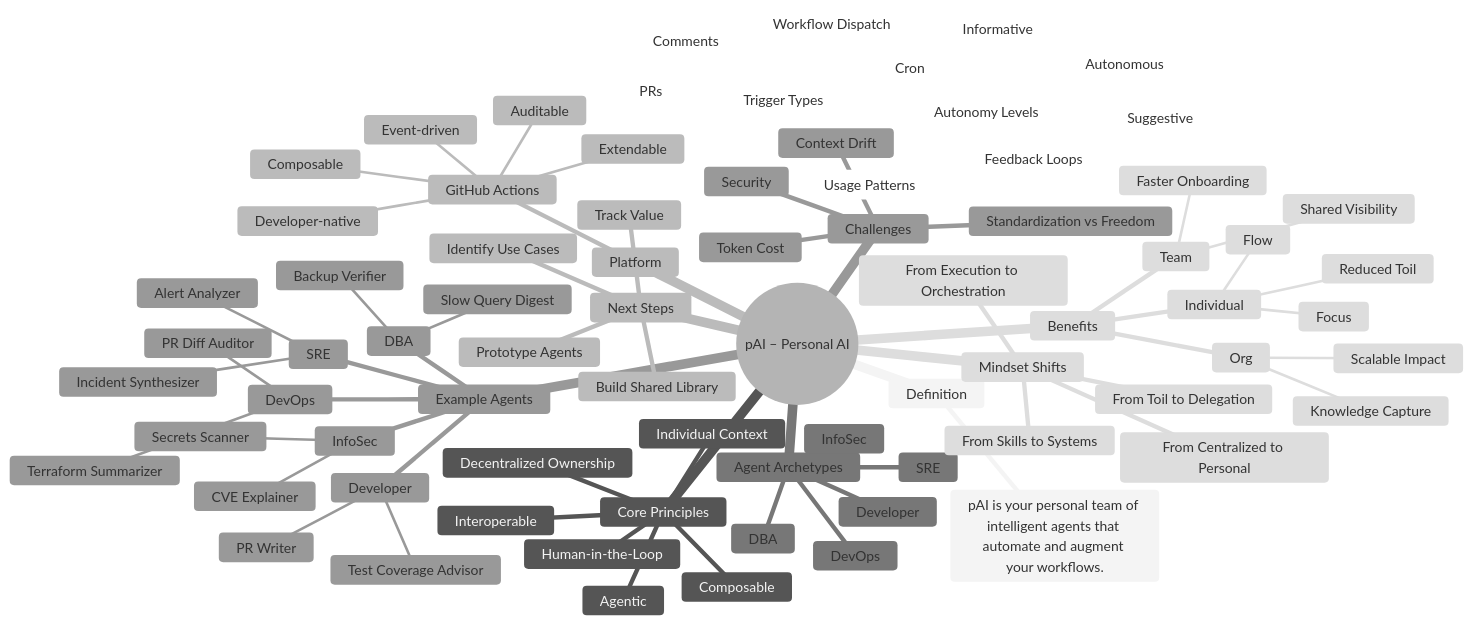
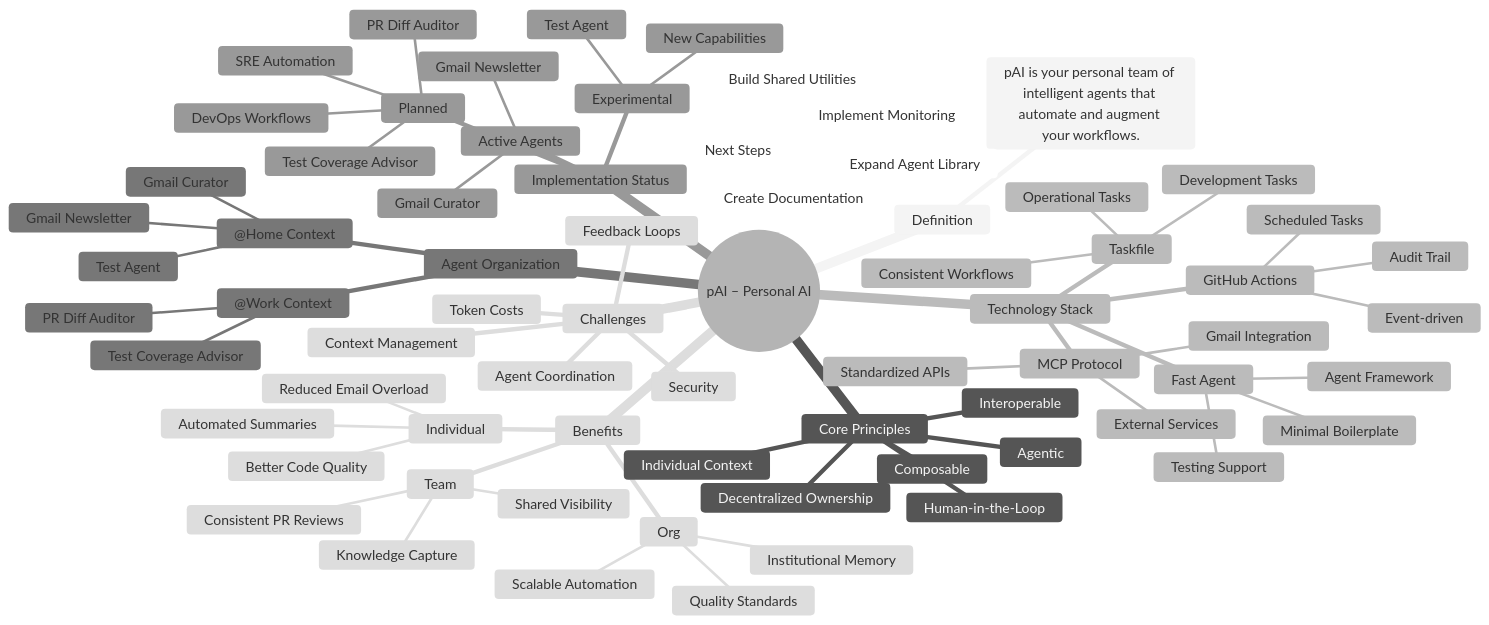
Before and after one commit to o3-cloud/pAI: the diagram in README.md, drawn with Mermaid (neutral theme). The commit also changed other lines of this file and 20 other files, not shown here.

First line of the commit message:
feat: add personal AI system for email management and professional workflow enhancement

````diff
--- a/README.md
+++ b/README.md
@@ -16,78 +16,71 @@
       Decentralized Ownership
       Interoperable
 
-    Platform
+    Technology Stack
+      Fast Agent
+        Minimal Boilerplate
+        Agent Framework
+        Testing Support
       GitHub Actions
         Event-driven
-        Developer-native
-        Composable
-        Auditable
-        Extendable
+        Scheduled Tasks
+        Audit Trail
+      Taskfile
+        Development Tasks
+        Operational Tasks
+        Consistent Workflows
+      MCP Protocol
+        Gmail Integration
+        Standardized APIs
+        External Services
     
-    Agent Archetypes
-      DevOps
-      SRE
-      InfoSec
-      DBA
-      Developer
-
-    Example Agents
-      DevOps
+    Agent Organization
+      @Home Context
+        Gmail Curator
+        Gmail Newsletter
+        Test Agent
+      @Work Context
         PR Diff Auditor
-        Terraform Summarizer
-      SRE
-        Incident Synthesizer
-        Alert Analyzer
-      InfoSec
-        Secrets Scanner
-        CVE Explainer
-      DBA
-        Slow Query Digest
-        Backup Verifier
-      Developer
-        PR Writer
         Test Coverage Advisor
 
-    Mindset Shifts
-      From Centralized to Personal
-      From Execution to Orchestration
-      From Skills to Systems
-      From Toil to Delegation
-
-    Usage Patterns
-      Trigger Types
-        PRs
-        Cron
-        Workflow Dispatch
-        Comments
-      Autonomy Levels
-        Informative
-        Suggestive
-        Autonomous
-      Feedback Loops
+    Implementation Status
+      Active Agents
+        Gmail Curator
+        Gmail Newsletter
+      Experimental
+        Test Agent
+        New Capabilities
+      Planned
+        PR Diff Auditor
+        Test Coverage Advisor
+        DevOps Workflows
+        SRE Automation
 
     Benefits
       Individual
-        Focus
-        Flow
-        Reduced Toil
+        Reduced Email Overload
+        Better Code Quality
+        Automated Summaries
       Team
-        Faster Onboarding
+        Consistent PR Reviews
         Shared Visibility
+        Knowledge Capture
       Org
-        Knowledge Capture
-        Scalable Impact
+        Scalable Automation
+        Institutional Memory
+        Quality Standards
 
     Next Steps
-      Identify Use Cases
-      Prototype Agents
-      Track Value
-      Build Shared Library
+      Expand Agent Library
+      Build Shared Utilities
+      Implement Monitoring
+      Create Documentation
 
     Challenges
-      Token Cost
-      Context Drift
+      Context Management
+      Token Costs
       Security
-      Standardization vs Freedom
+      Agent Coordination
+      Feedback Loops
 
 ```
````
